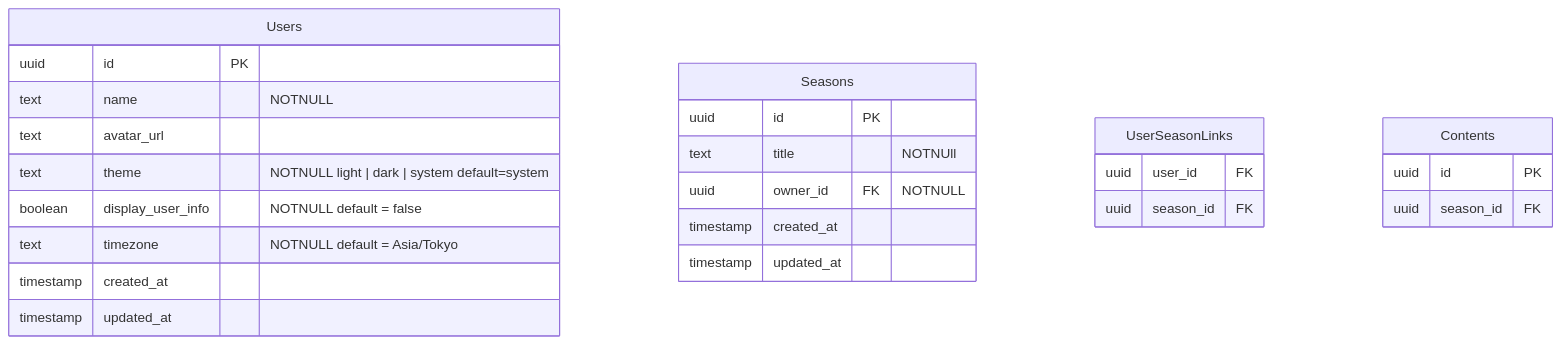
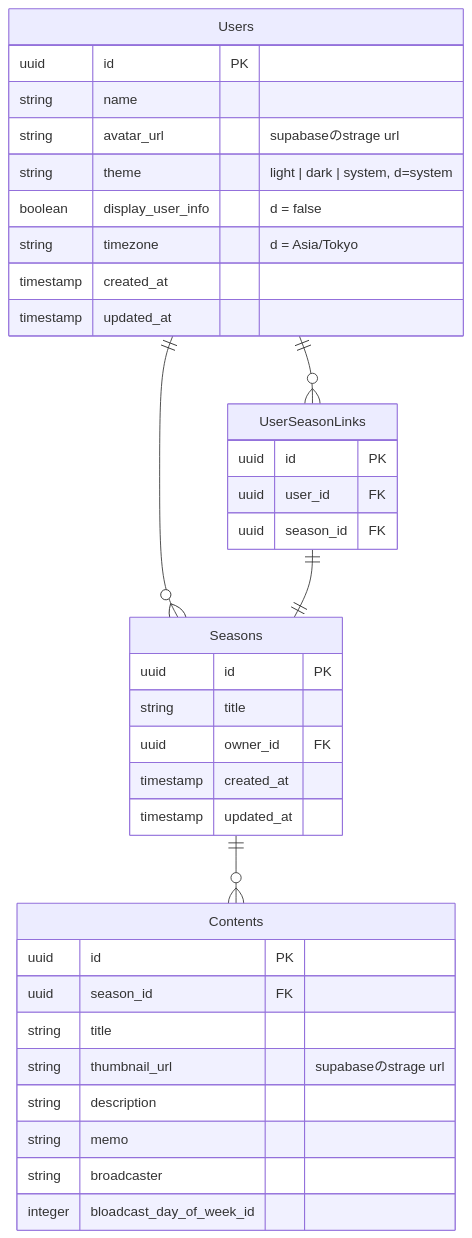
One commit to NakaiKt/show-spark changed the diagram in supabase/ER.md. Above: the diagram before and after it, drawn with Mermaid. The commit also changed other lines of this file, not shown here.

Commit message:
vault backup: 2026-02-15 11:32:59

````diff
--- a/supabase/ER.md
+++ b/supabase/ER.md
@@ -10,28 +8,40 @@
 ```mermaid
 erDiagram
+    Users ||--o{ UserSeasonLinks : ""
+    Users ||--o{ Seasons: ""
+    UserSeasonLinks ||--|| Seasons: ""
+    Seasons ||--o{ Contents: ""
+
     Users {
         uuid id PK
-        text name "NOTNULL"
-        text avatar_url
-        text theme "NOTNULL light | dark | system default=system"
-        boolean display_user_info "NOTNULL default = false"
-        text timezone "NOTNULL default = Asia/Tokyo"
+        string name
+        string avatar_url "supabaseのstrage url"
+        string theme "light | dark | system, d=system"
+        boolean display_user_info "d = false"
+        string timezone "d = Asia/Tokyo"
         timestamp created_at
         timestamp updated_at
     }
     Seasons {
         uuid id PK
-        text title "NOTNUll"
-        uuid owner_id FK "NOTNULL"
+        string title
+        uuid owner_id FK
         timestamp created_at
         timestamp updated_at
     }
     UserSeasonLinks {
+        uuid id PK
         uuid user_id FK
         uuid season_id FK
     }
     Contents {
         uuid id PK
         uuid season_id FK
+        string title
+        string thumbnail_url "supabaseのstrage url"
+        string description
+        string memo
+        string broadcaster
+        integer bloadcast_day_of_week_id
     }
 ```
````
